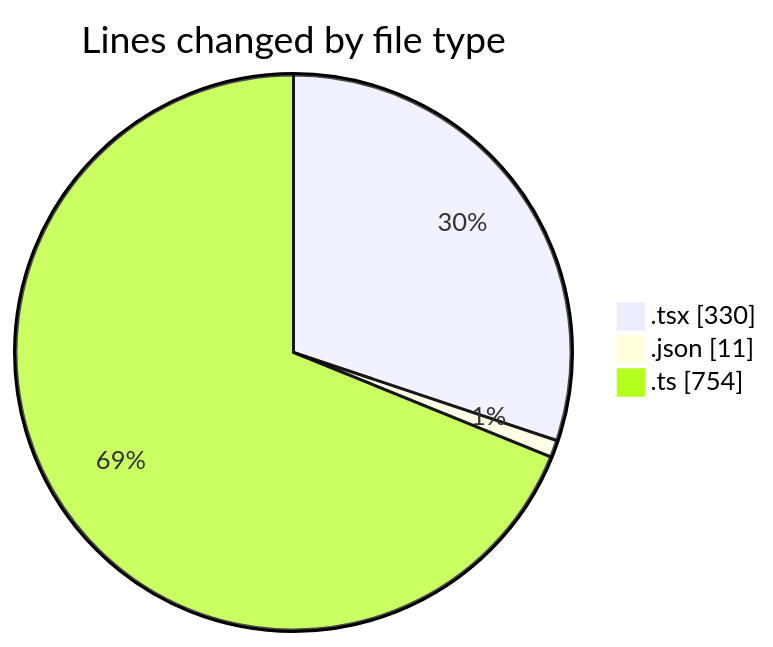
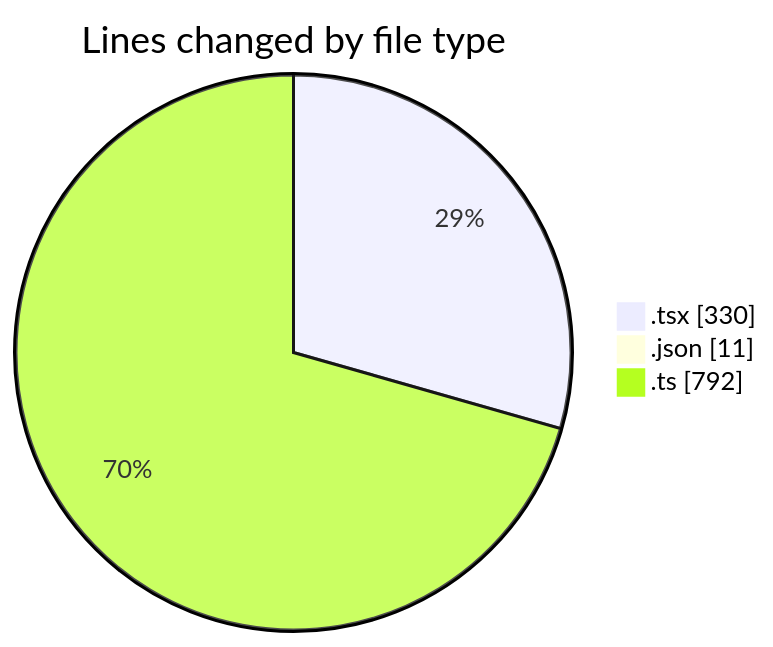
The first of 2 diagrams in 2025-05-12/cda/README.md (momahboobian/code-tracking), drawn with Mermaid before and after one commit. The commit also changed other lines of this file and 1 other file, not shown here.

````diff
--- a/2025-05-12/cda/README.md
+++ b/2025-05-12/cda/README.md
@@ -31,7 +31,7 @@
 ```mermaid
 pie showData
 title Lines changed by file type
 ".tsx" : 330
 ".json" : 11
-".ts" : 754
+".ts" : 792
 ```
````
